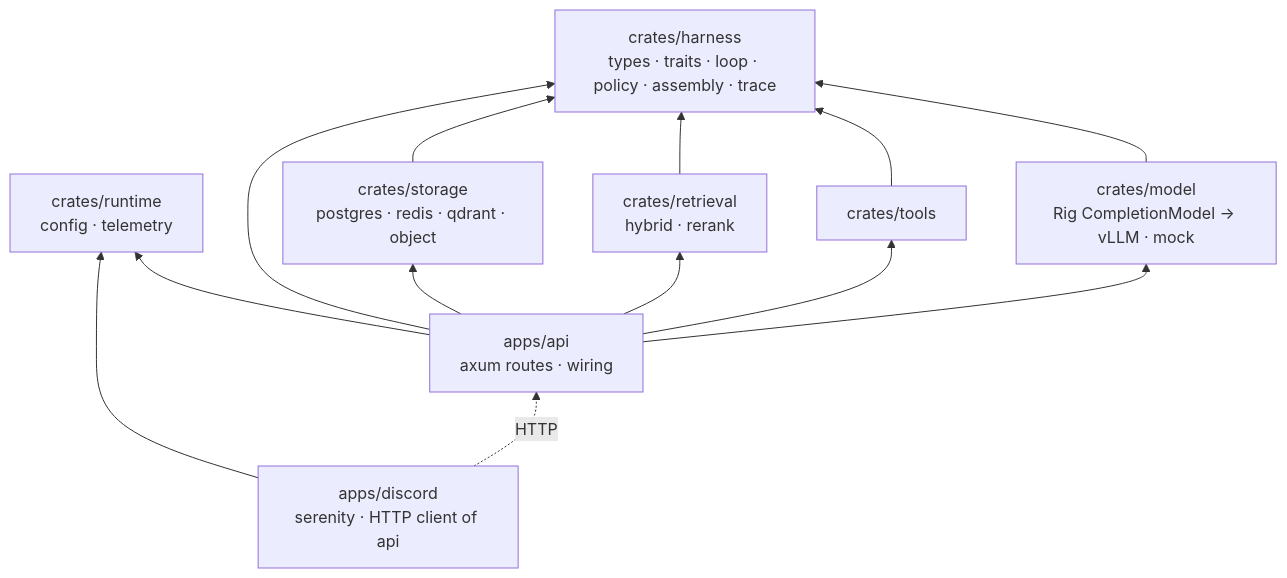
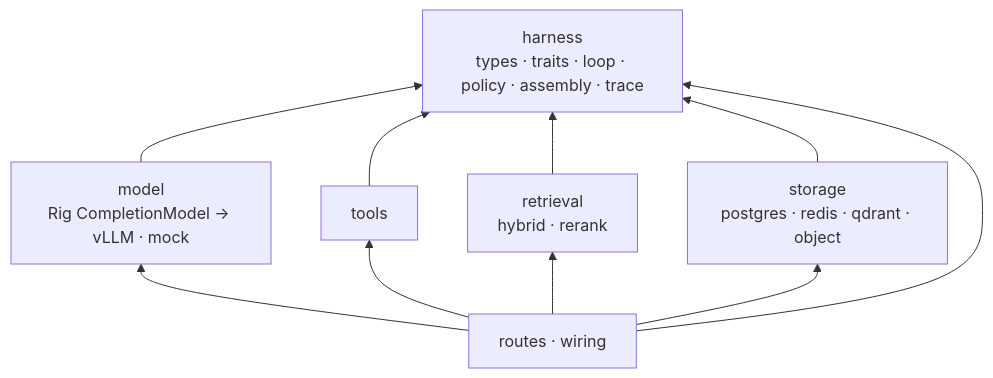
Before and after one commit to ashworks1706/SparkyAI: the second of 9 diagrams in docs/ARCHITECTURE.md, drawn with Mermaid. The commit also changed other lines of this file and 76 other files, not shown here.

First line of the commit message:
Fold crates into apps/api modules; apps/inference; binaries api and discord

````diff
--- a/docs/ARCHITECTURE.md
+++ b/docs/ARCHITECTURE.md
@@ -81,12 +83,9 @@
 ```mermaid
 flowchart BT
-    H[crates/harness<br/>types · traits · loop · policy · assembly · trace]
-    RT[crates/runtime<br/>config · telemetry]
-    M[crates/model<br/>Rig CompletionModel → vLLM · mock] --> H
-    T[crates/tools] --> H
-    R[crates/retrieval<br/>hybrid · rerank] --> H
-    S[crates/storage<br/>postgres · redis · qdrant · object] --> H
-    API[apps/api<br/>axum routes · wiring] --> M & T & R & S & H & RT
-    D[apps/discord<br/>serenity · HTTP client of api] --> RT
-    D -.->|HTTP| API
+    H[harness<br/>types · traits · loop · policy · assembly · trace]
+    M[model<br/>Rig CompletionModel → vLLM · mock] --> H
+    T[tools] --> H
+    R[retrieval<br/>hybrid · rerank] --> H
+    S[storage<br/>postgres · redis · qdrant · object] --> H
+    W[routes · wiring] --> M & T & R & S & H
 ```
````
